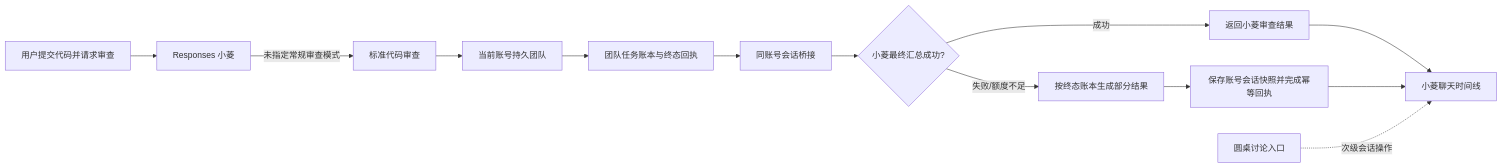
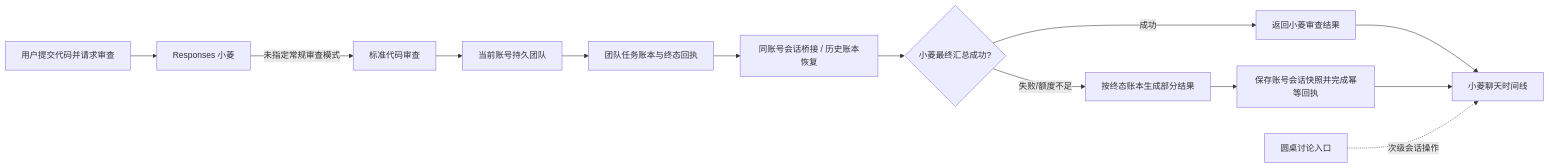
The diagram in docs/小菱自动审查与圆桌层级20261015/DESIGN_小菱自动审查与圆桌层级.md (OUTLElijiadong/llm-agent-code-review), drawn with Mermaid before and after one commit. The commit also changed other lines of this file and 13 other files, not shown here.

````diff
--- a/docs/小菱自动审查与圆桌层级20261015/DESIGN_小菱自动审查与圆桌层级.md
+++ b/docs/小菱自动审查与圆桌层级20261015/DESIGN_小菱自动审查与圆桌层级.md
@@ -9,15 +9,15 @@
 ```mermaid
 flowchart LR
   U[用户提交代码并请求审查] --> R[Responses 小菱]
   R -->|未指定常规审查模式| S[标准代码审查]
   S --> T[当前账号持久团队]
   T --> L[团队任务账本与终态回执]
-  L --> A[同账号会话桥接]
+  L --> A[同账号会话桥接 / 历史账本恢复]
   A --> M{小菱最终汇总成功?}
   M -->|成功| F[返回小菱审查结果]
   M -->|失败/额度不足| B[按终态账本生成部分结果]
   B --> P[保存账号会话快照并完成幂等回执]
   F --> C[小菱聊天时间线]
   P --> C
   D[圆桌讨论入口] -. 次级会话操作 .-> C
 ```
````
